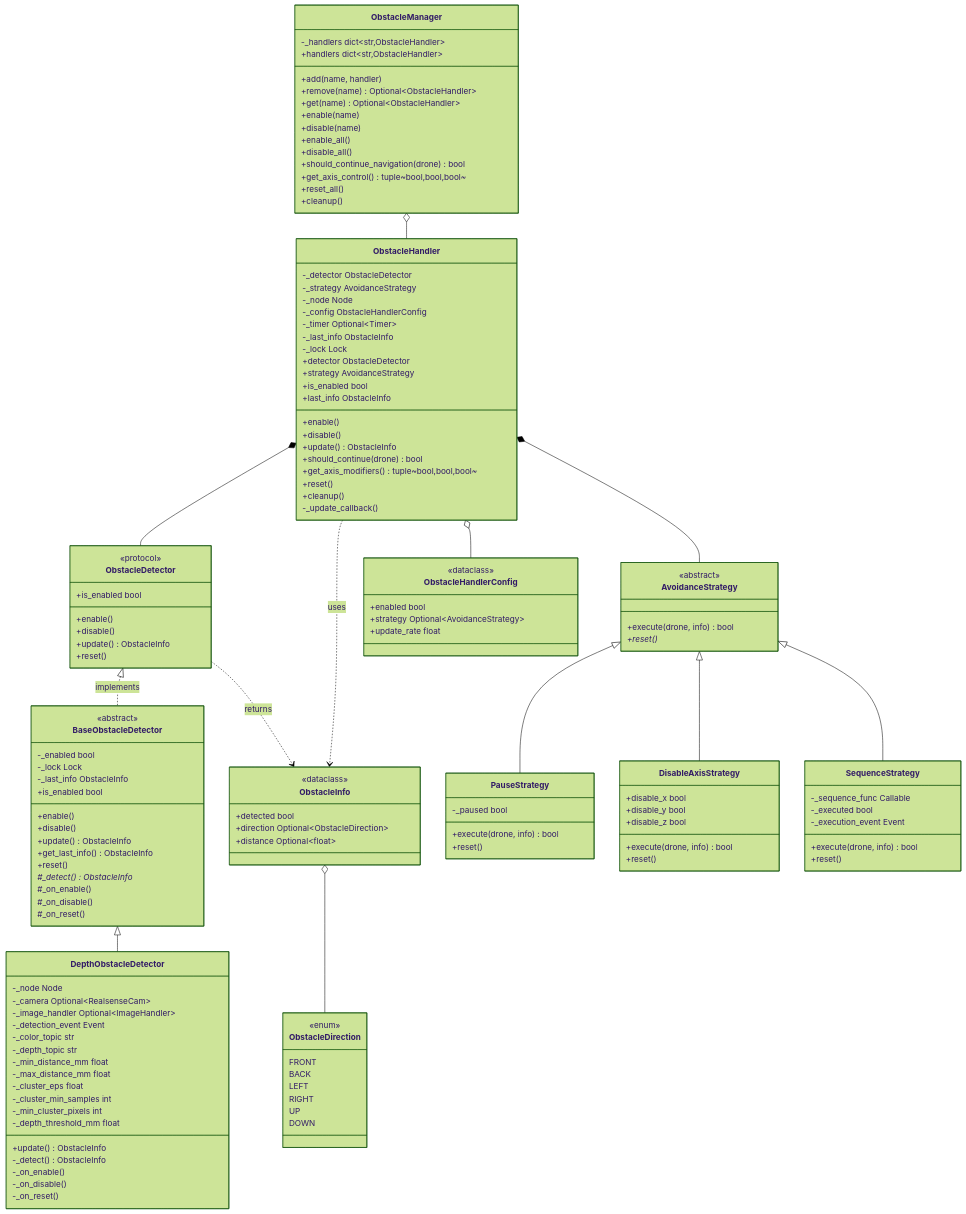
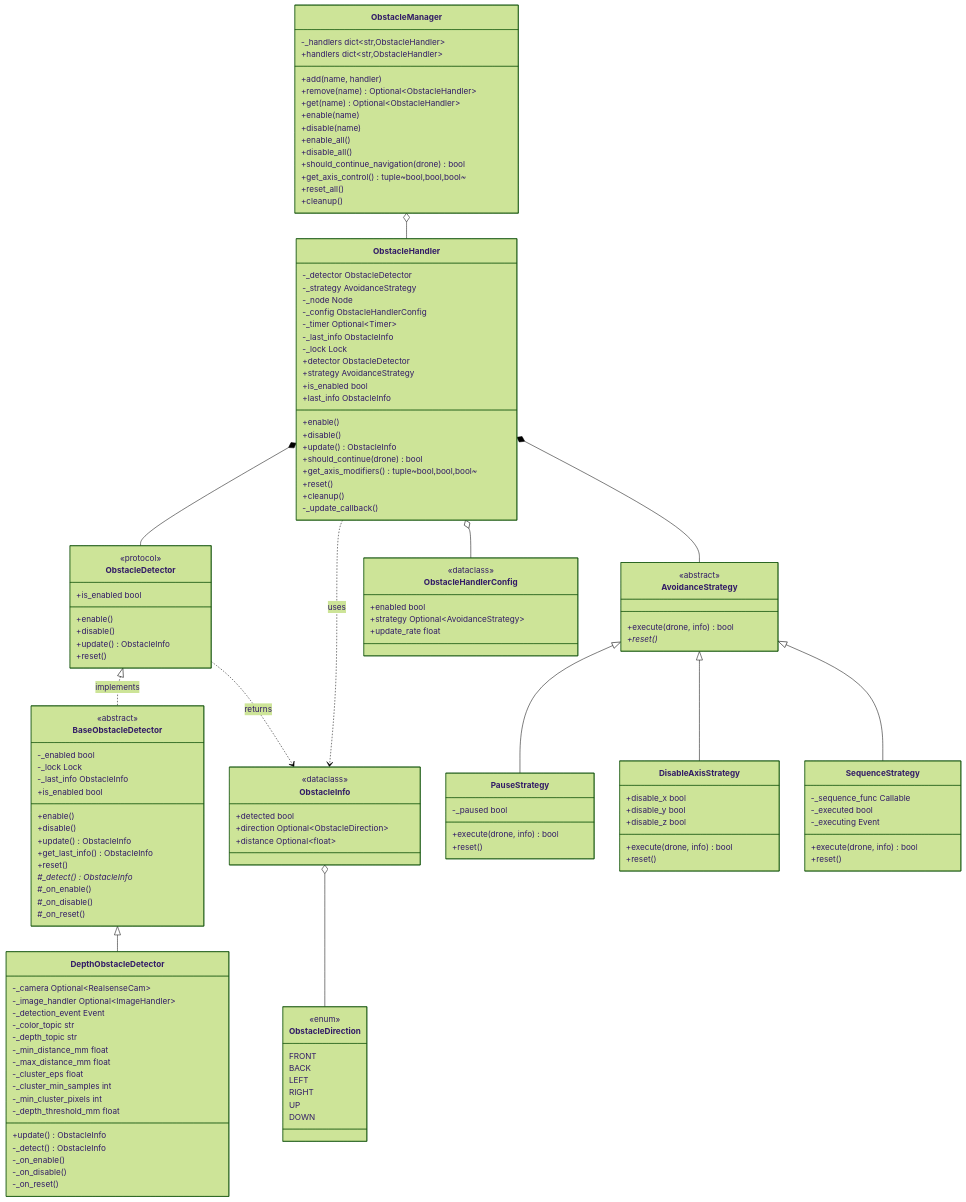
The first of 4 diagrams in nectar/nectar/control/obstacles/README.md (Black-Bee-Drones/nectar-sdk), drawn with Mermaid (forest theme) before and after one commit. The commit also changed 13 other files, not shown here.

Commit message:
docs: sync diagrams and docs

```diff
--- a/nectar/nectar/control/obstacles/README.md
+++ b/nectar/nectar/control/obstacles/README.md
@@ -101,7 +101,6 @@
     }
 
     class DepthObstacleDetector {
-        -_node Node
         -_camera Optional~RealsenseCam~
         -_image_handler Optional~ImageHandler~
         -_detection_event Event
@@ -137,7 +136,7 @@
     class SequenceStrategy {
         -_sequence_func Callable
         -_executed bool
-        -_execution_event Event
+        -_executing Event
         +execute(drone, info) bool
         +reset()
     }
```
